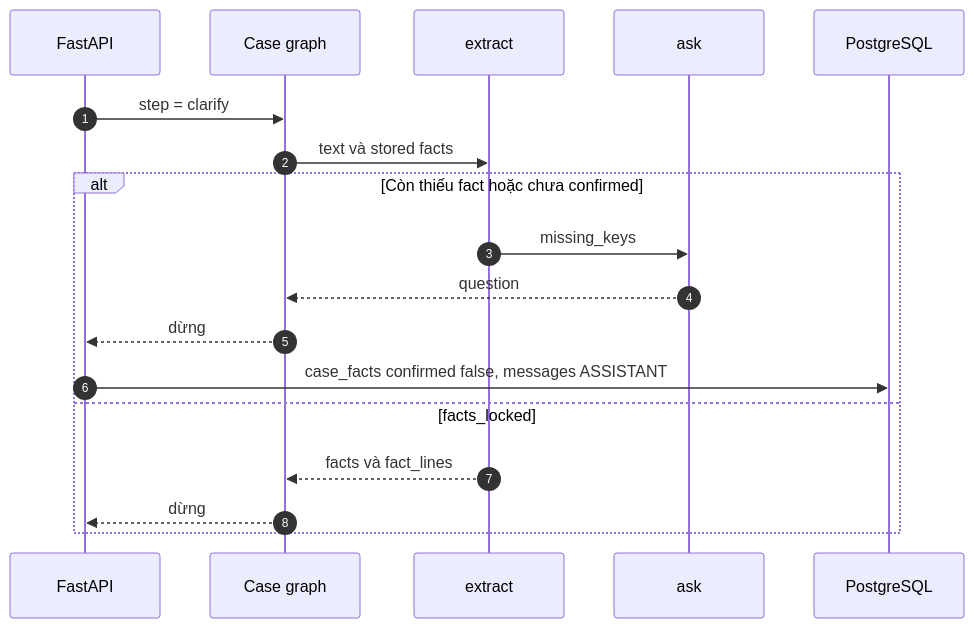
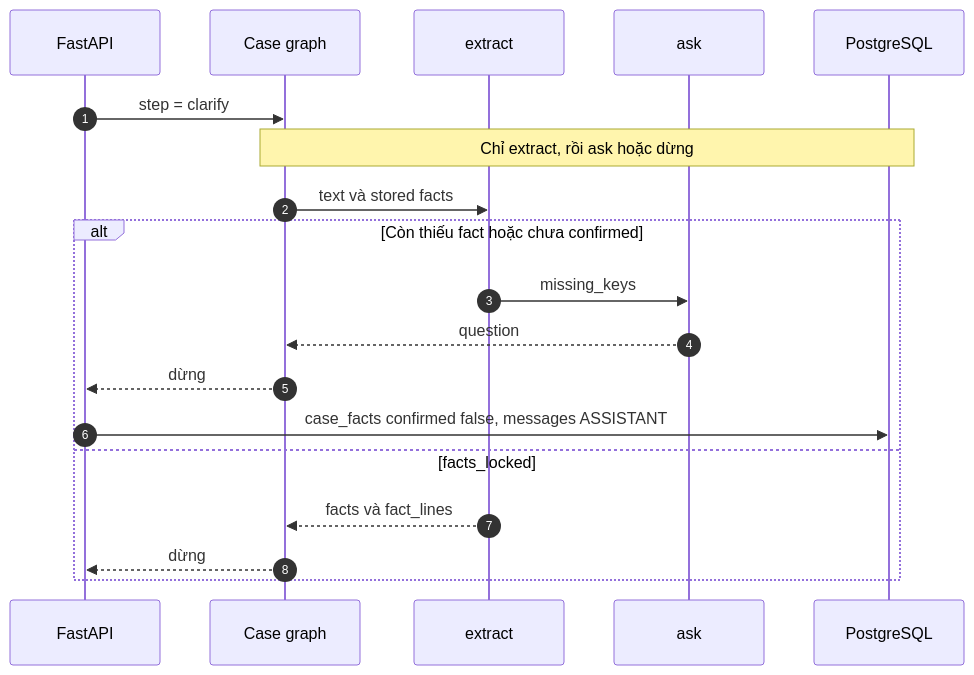
Before and after one commit to Tuan-Nguyen-Minhh/HRHelp: the fifth of 15 diagrams in docs/features/features.md, drawn with Mermaid. The commit also changed other lines of this file and 7 other files, not shown here.

````diff
--- a/docs/features/features.md
+++ b/docs/features/features.md
@@ -297,21 +301,22 @@
 ```mermaid
 sequenceDiagram
     autonumber
     participant API as FastAPI
     participant CG as Case graph
     participant EX as extract
     participant ASK as ask
     participant DB as PostgreSQL
 
     API->>CG: step = clarify
+    Note over CG,DB: Chỉ extract, rồi ask hoặc dừng
     CG->>EX: text và stored facts
     alt Còn thiếu fact hoặc chưa confirmed
         EX->>ASK: missing_keys
         ASK-->>CG: question
         CG-->>API: dừng
         API->>DB: case_facts confirmed false, messages ASSISTANT
     else facts_locked
         EX-->>CG: facts và fact_lines
         CG-->>API: dừng
     end
 ```
````
